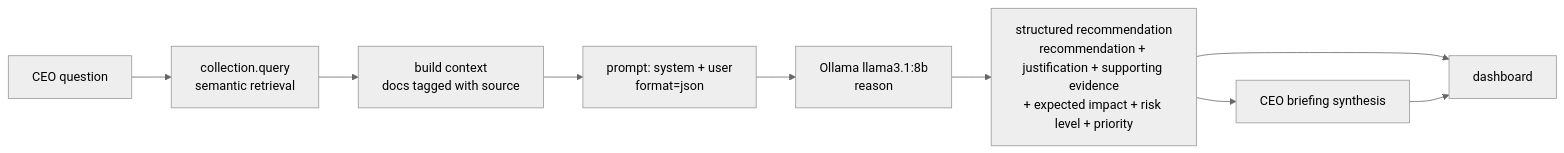
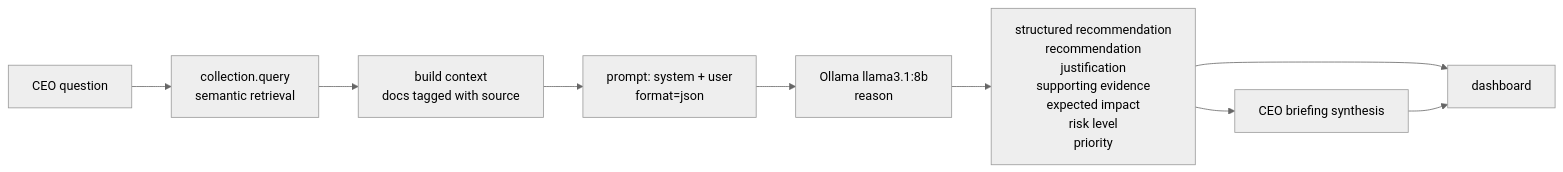
Before and after one commit to Nihalpujari/ML_Practice: the second of 2 diagrams in NLP/NLP Exam/AI CEO Strategic Intelligence Agent/README.md, drawn with Mermaid (neutral theme). The commit also changed other lines of this file, not shown here.

````diff
--- a/NLP/NLP Exam/AI CEO Strategic Intelligence Agent/README.md
+++ b/NLP/NLP Exam/AI CEO Strategic Intelligence Agent/README.md
@@ -126,11 +126,11 @@
 ```mermaid
 flowchart LR
     Q[CEO question] --> SEM[collection.query<br/>semantic retrieval]
     SEM --> CTX[build context<br/>docs tagged with source]
     CTX --> PROMPT[prompt: system + user<br/>format=json]
     PROMPT --> LLM[Ollama llama3.1:8b<br/>reason]
-    LLM --> OUT[structured recommendation<br/>recommendation + justification + supporting evidence<br/>+ expected impact + risk level + priority]
+    LLM --> OUT[structured recommendation<br/>recommendation<br/>justification<br/>supporting evidence<br/>expected impact<br/>risk level<br/>priority]
     OUT --> BRIEF[CEO briefing synthesis]
     OUT --> UI[dashboard]
     BRIEF --> UI
 ```
````
